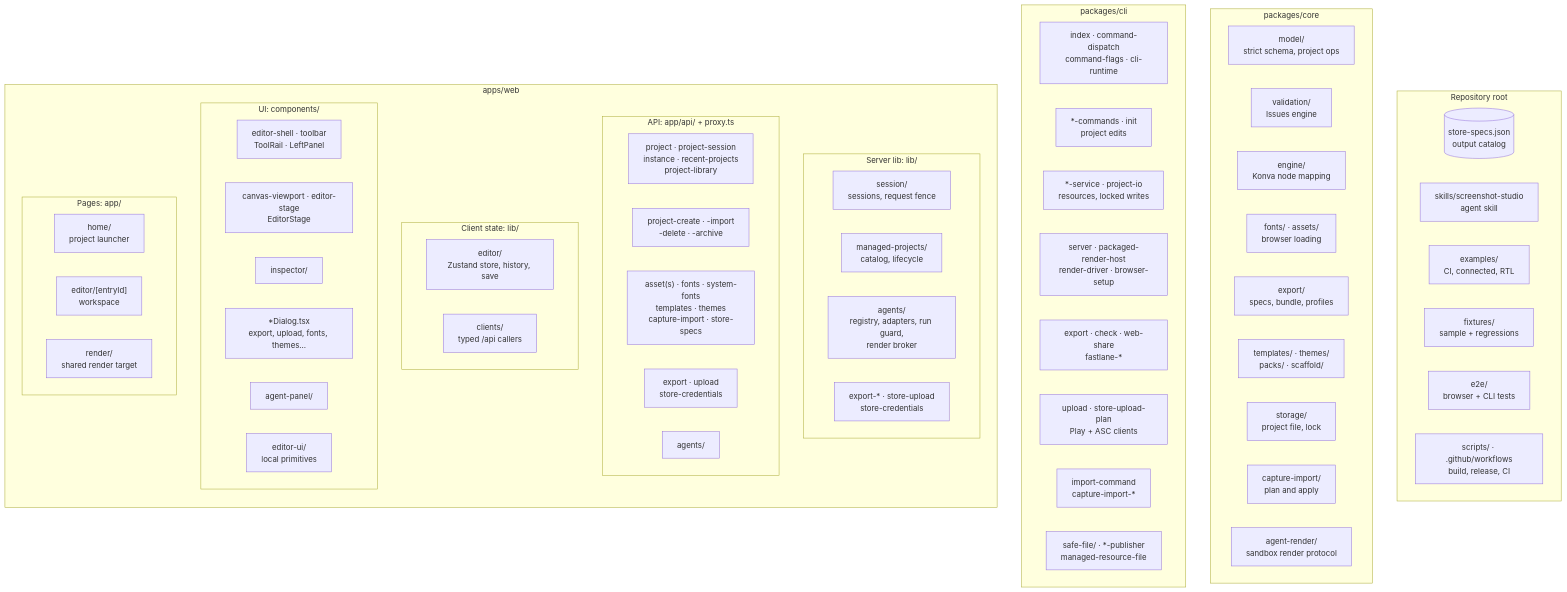
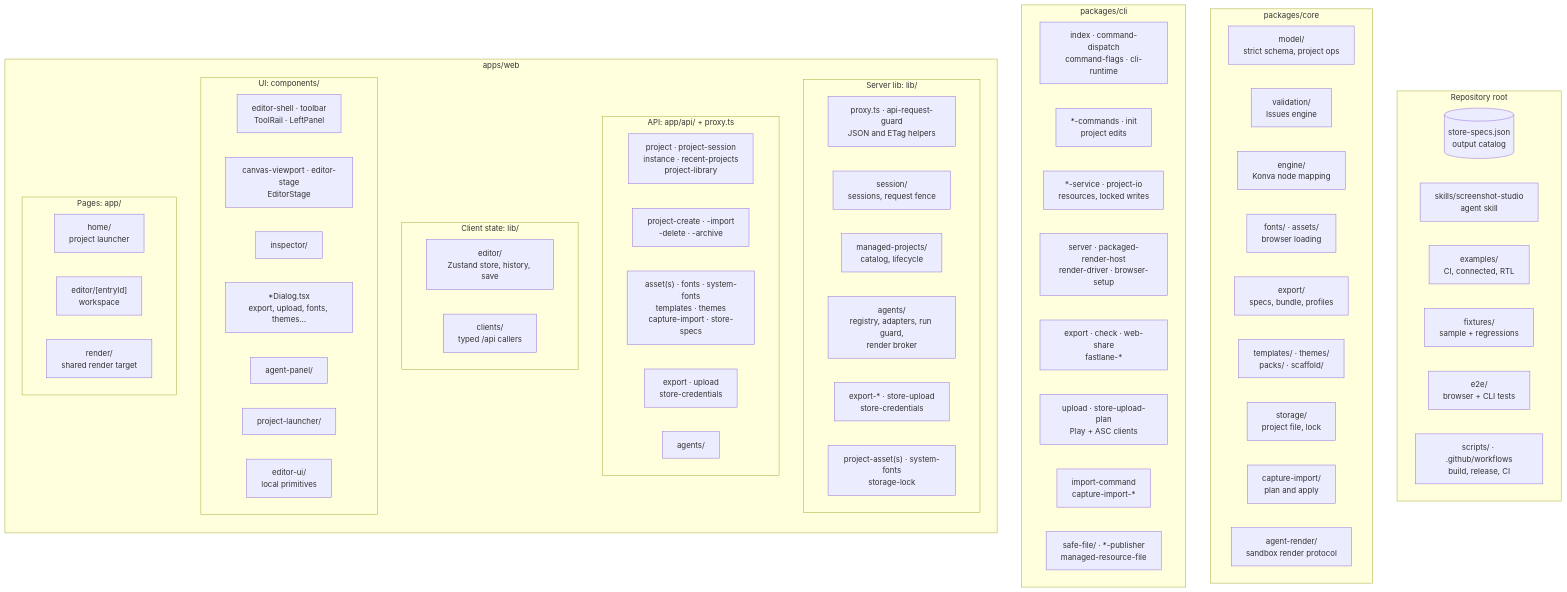
The diagram in docs/architecture-map.md (VitaliiDeveloper/Screenshot-Studio), drawn with Mermaid before and after one commit. The commit also changed other lines of this file and 10 other files, not shown here.

Commit message:
docs: add generated interactive architecture graph

````diff
--- a/docs/architecture-map.md
+++ b/docs/architecture-map.md
@@ -8,79 +14,82 @@
 ```mermaid
 flowchart TB
     subgraph REPO["Repository root"]
         direction LR
         SPECS[("store-specs.json<br/>output catalog")]
         SKILL["skills/screenshot-studio<br/>agent skill"]
         EX["examples/<br/>CI, connected, RTL"]
         FIX["fixtures/<br/>sample + regressions"]
         E2E["e2e/<br/>browser + CLI tests"]
         OPS["scripts/ · .github/workflows<br/>build, release, CI"]
     end
 
 
     subgraph CORE["packages/core"]
         direction LR
         MODEL["model/<br/>strict schema, project ops"]
         VALID["validation/<br/>Issues engine"]
         ENGINE["engine/<br/>Konva node mapping"]
         FONTS["fonts/ · assets/<br/>browser loading"]
         EXPORT["export/<br/>specs, bundle, profiles"]
         CATALOG["templates/ · themes/<br/>packs/ · scaffold/"]
         STORAGE["storage/<br/>project file, lock"]
         CAPT["capture-import/<br/>plan and apply"]
         AREND["agent-render/<br/>sandbox render protocol"]
     end
 
 
     subgraph CLI["packages/cli"]
         direction LR
         ENTRY["index · command-dispatch<br/>command-flags · cli-runtime"]
         CMDS["*-commands · init<br/>project edits"]
         SVCS["*-service · project-io<br/>resources, locked writes"]
         HOST["server · packaged-render-host<br/>render-driver · browser-setup"]
         EXP["export · check · web-share<br/>fastlane-*"]
         UPL["upload · store-upload-plan<br/>Play + ASC clients"]
         CIMP["import-command<br/>capture-import-*"]
         PUB["safe-file/ · *-publisher<br/>managed-resource-file"]
     end
 
 
     subgraph WEB["apps/web"]
         direction TB
         subgraph WSRV["Server lib: lib/"]
             direction LR
+            GUARD["proxy.ts · api-request-guard<br/>JSON and ETag helpers"]
             SESS["session/<br/>sessions, request fence"]
             MANAGED["managed-projects/<br/>catalog, lifecycle"]
             AGSRV["agents/<br/>registry, adapters, run guard,<br/>render broker"]
             OUTSRV["export-* · store-upload<br/>store-credentials"]
+            SRVRES["project-asset(s) · system-fonts<br/>storage-lock"]
         end
         subgraph WAPI["API: app/api/ + proxy.ts"]
             direction LR
             APROJ["project · project-session<br/>instance · recent-projects<br/>project-library"]
             ALIFE["project-create · -import<br/>-delete · -archive"]
             ARES["asset(s) · fonts · system-fonts<br/>templates · themes<br/>capture-import · store-specs"]
             AOUT["export · upload<br/>store-credentials"]
             AAG["agents/"]
         end
         subgraph WSTATE["Client state: lib/"]
             direction LR
             STORE["editor/<br/>Zustand store, history, save"]
             CLIENTS["clients/<br/>typed /api callers"]
         end
         subgraph WUI["UI: components/"]
             direction LR
             SHELL["editor-shell · toolbar<br/>ToolRail · LeftPanel"]
             CANVAS["canvas-viewport · editor-stage<br/>EditorStage"]
             INSP["inspector/"]
             DIALOGS["*Dialog.tsx<br/>export, upload, fonts, themes…"]
             AGUI["agent-panel/"]
+            LAUNCH["project-launcher/"]
             PRIM["editor-ui/<br/>local primitives"]
         end
         subgraph WPAGES["Pages: app/"]
             direction LR
             HOME["home/<br/>project launcher"]
             EDITOR["editor/[entryId]<br/>workspace"]
             RENDER["render/<br/>shared render target"]
         end
     end
 ```
````
